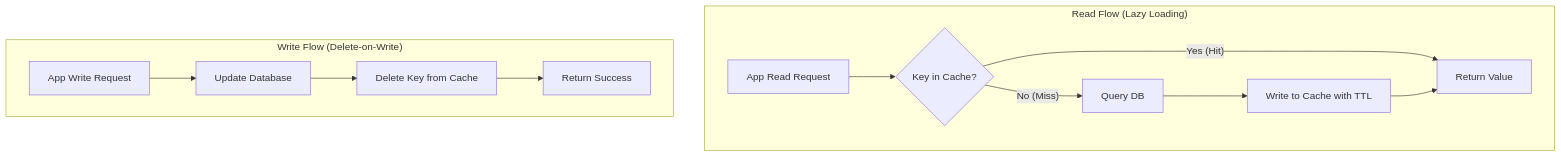
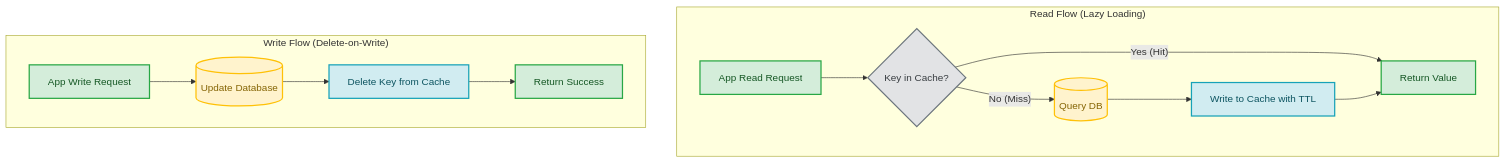
One commit to akshay-k-r/Interview-Prep-Resource changed the diagram in src/pages/02-hld/caching/cache-aside/index.mdx. Above: the diagram before and after it, drawn with Mermaid. The commit also changed 29 other files, not shown here.

````diff
--- a/src/pages/02-hld/caching/cache-aside/index.mdx
+++ b/src/pages/02-hld/caching/cache-aside/index.mdx
@@ -55,16 +55,27 @@
 ```mermaid
 graph TD
     subgraph "Read Flow (Lazy Loading)"
         R_Start[App Read Request] --> R_Cache{Key in Cache?}
         R_Cache -->|"Yes (Hit)"| R_Return[Return Value]
-        R_Cache -->|"No (Miss)"| R_DB[Query DB]
+        R_Cache -->|"No (Miss)"| R_DB[(Query DB)]
         R_DB --> R_Write[Write to Cache with TTL]
         R_Write --> R_Return
     end
 
     subgraph "Write Flow (Delete-on-Write)"
-        W_Start[App Write Request] --> W_DB[Update Database]
+        W_Start[App Write Request] --> W_DB[(Update Database)]
         W_DB --> W_Evict[Delete Key from Cache]
         W_Evict --> W_Success[Return Success]
     end
+
+    %% Styles
+    classDef startEnd fill:#d4edda,stroke:#28a745,stroke-width:2px,color:#155724;
+    classDef cache fill:#d1ecf1,stroke:#17a2b8,stroke-width:2px,color:#0c5460;
+    classDef db fill:#fff3cd,stroke:#ffc107,stroke-width:2px,color:#856404;
+    classDef check fill:#e2e3e5,stroke:#6c757d,stroke-width:2px,color:#383d41;
+
+    class R_Start,R_Return,W_Start,W_Success startEnd;
+    class R_Cache check;
+    class R_Write,W_Evict cache;
+    class R_DB,W_DB db;
 ```
````
